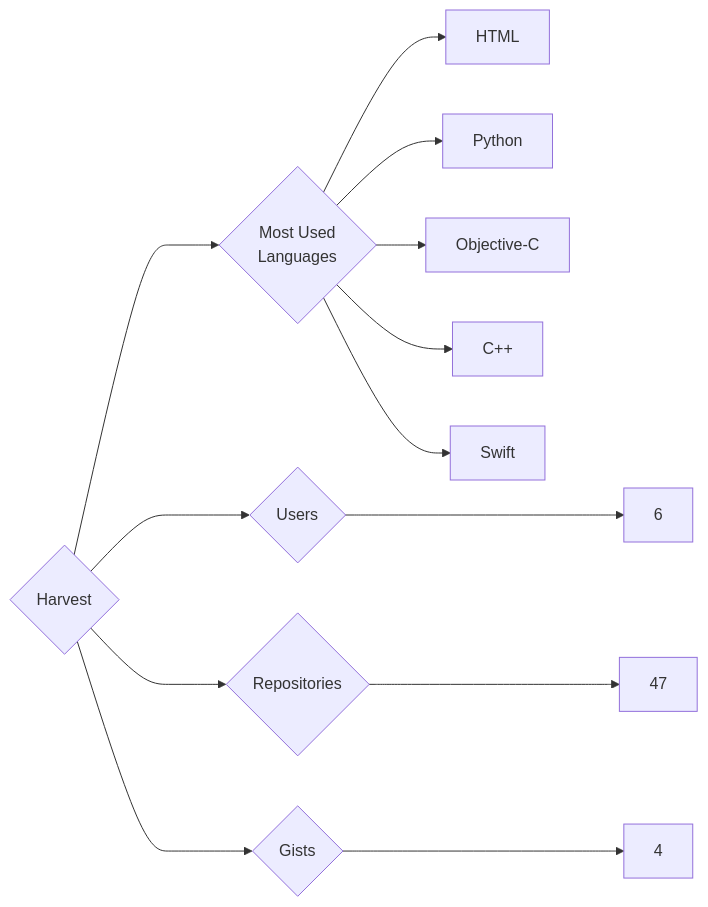
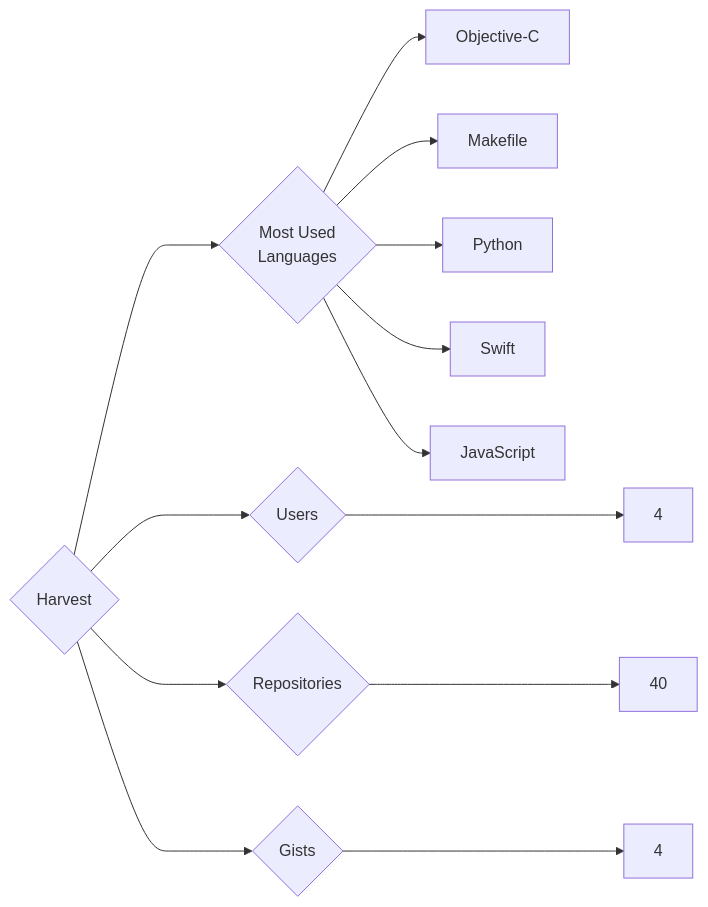
One commit to trickest/insiders changed the diagram in targets/Harvest/README.md. Above: the diagram before and after it, drawn with Mermaid. The commit also changed 1088 other files, not shown here.

````diff
--- a/targets/Harvest/README.md
+++ b/targets/Harvest/README.md
@@ -3,13 +3,13 @@
 ```mermaid
 graph LR
 COMPANY_NAME{Harvest}
-COMPANY_NAME ---> U{Users} ---> UN[6]
-COMPANY_NAME ---> R{Repositories} ---> RN[47]
+COMPANY_NAME ---> U{Users} ---> UN[4]
+COMPANY_NAME ---> R{Repositories} ---> RN[40]
 COMPANY_NAME ---> G{Gists} ---> GN[4]
 COMPANY_NAME ---> ML{Most Used<br>Languages}
-ML --> HTML[HTML]
+ML --> Objective-C[Objective-C]
+ML --> Makefile[Makefile]
 ML --> Python[Python]
-ML --> Objective-C[Objective-C]
-ML --> C++[C++]
 ML --> Swift[Swift]
+ML --> JavaScript[JavaScript]
 ```
````
